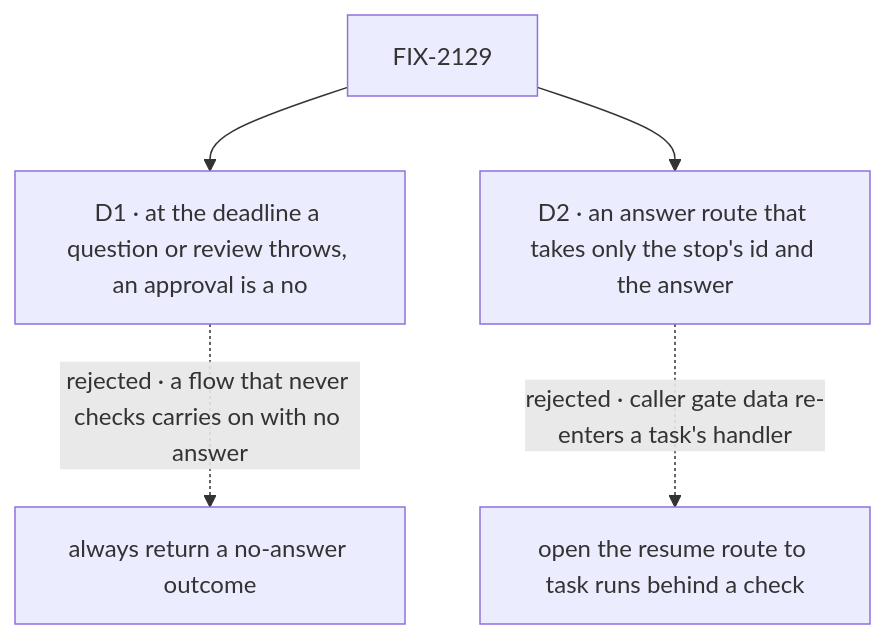
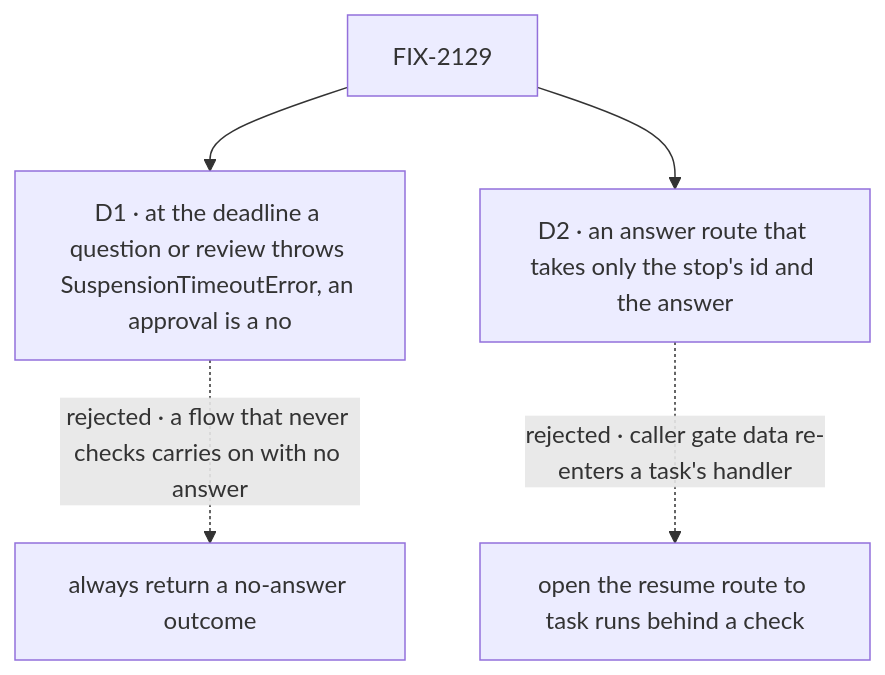
The diagram in specs/issues/FIX-2129/DECISIONS.md (fixpoint-labs/flow-state-dev), drawn with Mermaid before and after one commit. The commit also changed other lines of this file and 2 other files, not shown here.

First line of the commit message:
spec(FIX-2129): review round 1 — the deadline error is SuspensionTimeoutError, a stop holds back no notice

````diff
--- a/specs/issues/FIX-2129/DECISIONS.md
+++ b/specs/issues/FIX-2129/DECISIONS.md
@@ -10,7 +10,7 @@
 ```mermaid
 flowchart TD
-  I["FIX-2129"] --> D1["D1 · at the deadline a question or review throws, an approval is a no"]
+  I["FIX-2129"] --> D1["D1 · at the deadline a question or review throws SuspensionTimeoutError, an approval is a no"]
   D1 -.->|"rejected · a flow that never checks carries on with no answer"| X1["always return a no-answer outcome"]
   I --> D2["D2 · an answer route that takes only the stop's id and the answer"]
   D2 -.->|"rejected · caller gate data re-enters a task's handler"| X2["open the resume route to task runs behind a check"]
 ```
````
